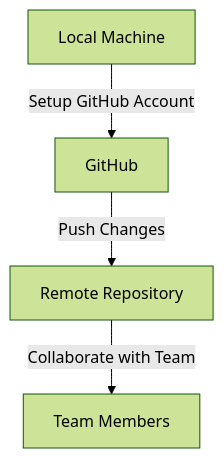
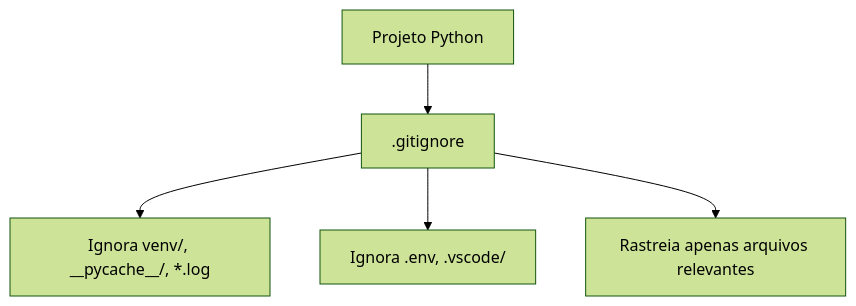
The tenth of 10 diagrams in Workshop - Git e Github/Aula_02/README.md (lvgalvao/data-engineering-roadmap), drawn with Mermaid (forest theme) before and after one commit. The commit also changed other lines of this file, not shown here.

````diff
--- a/Workshop - Git e Github/Aula_02/README.md
+++ b/Workshop - Git e Github/Aula_02/README.md
@@ -347,6 +408,7 @@
 ```mermaid
 graph TD;
-    A[Local Machine] --> |"Setup GitHub Account"| B[GitHub];
-    B --> |"Push Changes"| C[Remote Repository];
-    C --> |"Collaborate with Team"| D[Team Members];
+    A[Projeto Python] --> B[.gitignore];
+    B --> C[Ignora venv/, __pycache__/, *.log];
+    B --> D[Ignora .env, .vscode/];
+    B --> E[Rastreia apenas arquivos relevantes];
 ```
````
